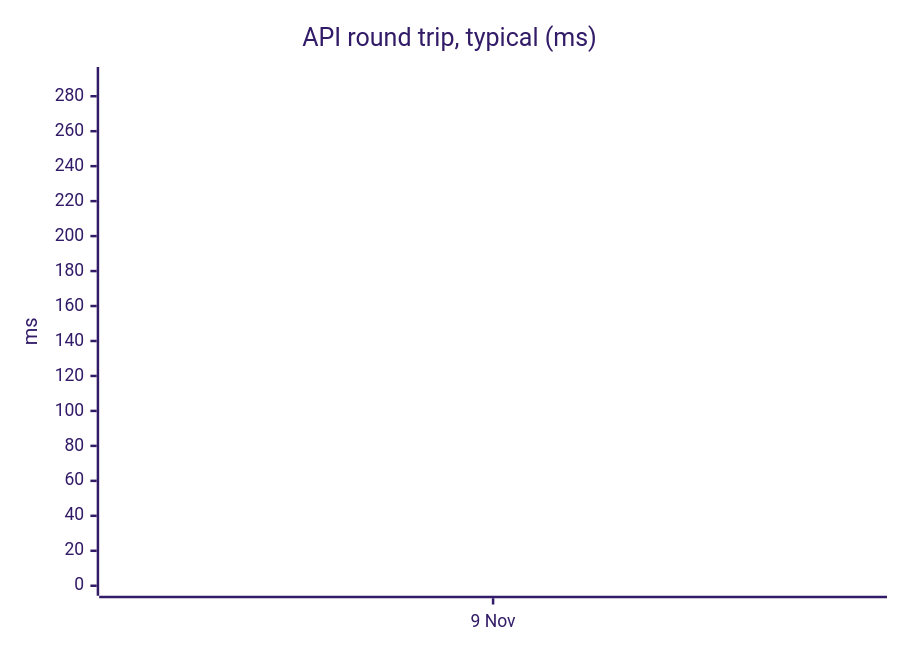
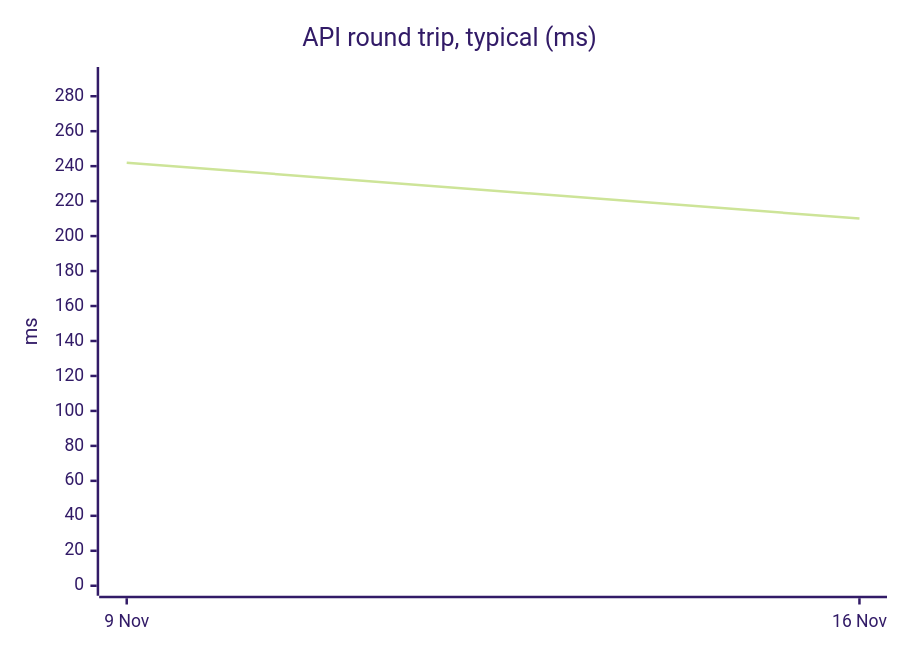
One commit to chiragdev1/ckauth changed the fifth of 5 diagrams in README.md. Above: the diagram before and after it, drawn with Mermaid (forest theme). The commit also changed other lines of this file and 1 other file, not shown here.

````diff
--- a/README.md
+++ b/README.md
@@ -71,7 +71,7 @@
 ```mermaid
 xychart-beta
   title "API round trip, typical (ms)"
-  x-axis ["9 Nov"]
+  x-axis ["9 Nov", "16 Nov"]
   y-axis "ms" 0 --> 291
-  line [242]
+  line [242, 210]
 ```
````
